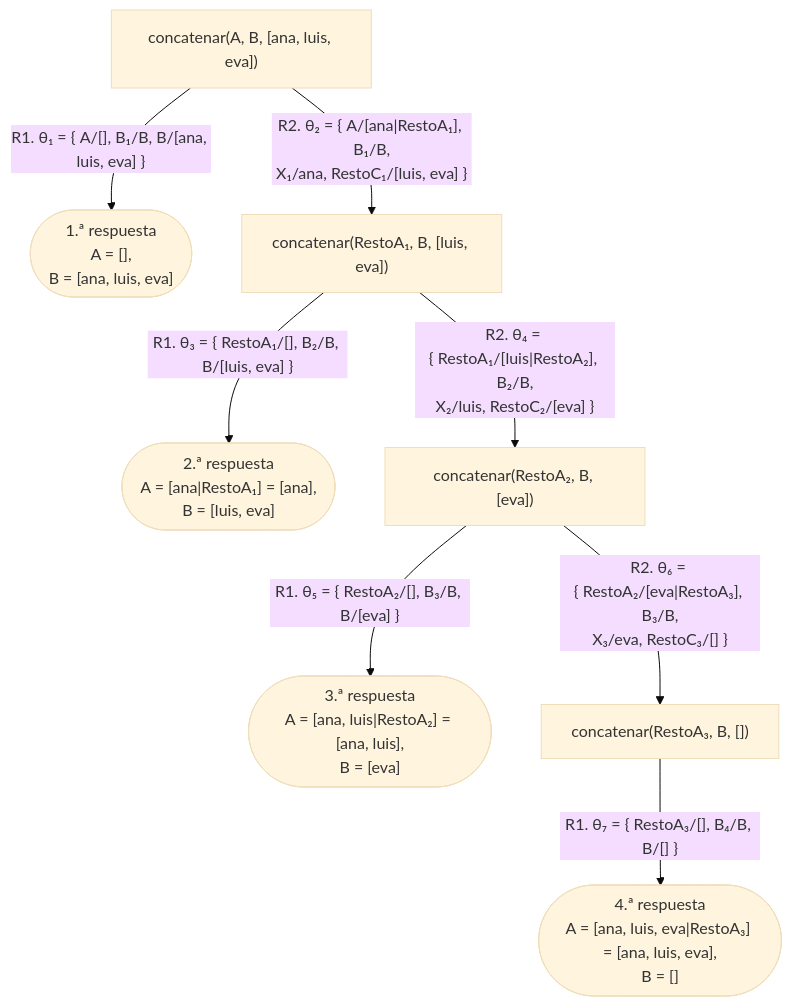
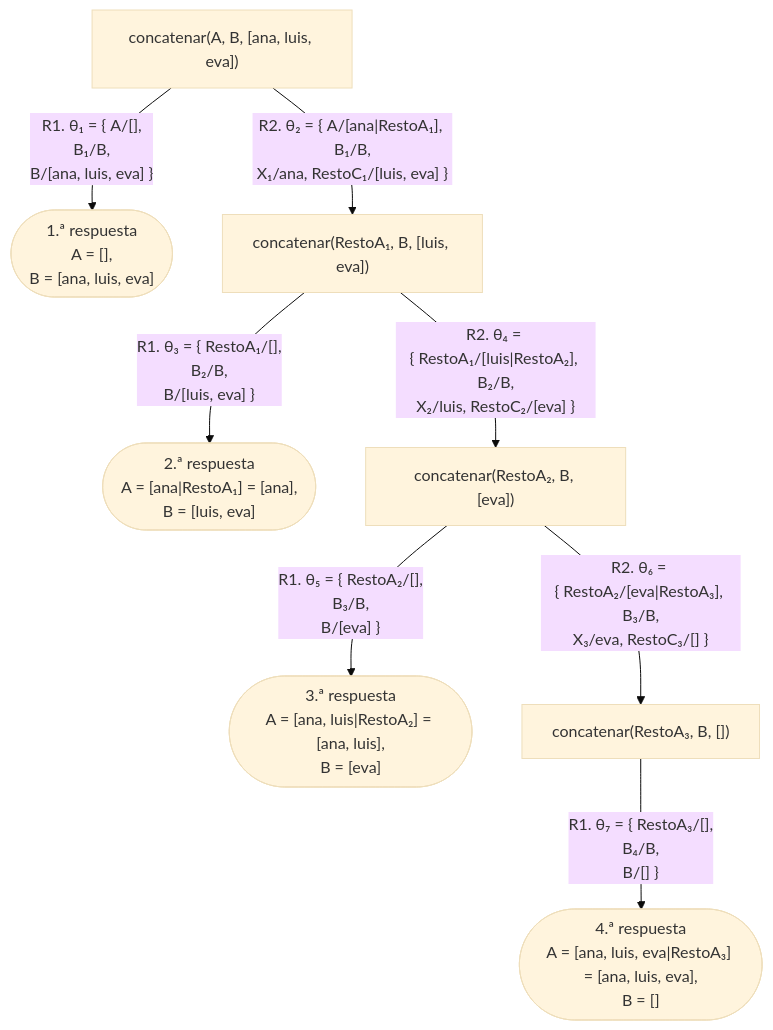
The eighth of 10 diagrams in docs/capitulo-07-listas/index.md (CesarBallardini/curso-de-prolog), drawn with Mermaid (base theme) before and after one commit. The commit also changed other lines of this file and 24 other files, not shown here.

First line of the commit message:
feat(docs): botones para ocultar las columnas laterales y etiquetas cortas en los diagramas

````diff
--- a/docs/capitulo-07-listas/index.md
+++ b/docs/capitulo-07-listas/index.md
@@ -470,10 +470,10 @@
 ```mermaid
 flowchart TD
-    A["concatenar(A, B, [ana, luis, eva])"] -- "R1. θ₁ = {&nbsp;A/[], B₁/B, B/[ana, luis, eva]&nbsp;}" --> S1(["1.ª respuesta<br/>A = [],<br/>B = [ana, luis, eva]"])
+    A["concatenar(A, B, [ana, luis, eva])"] -- "R1. θ₁ = {&nbsp;A/[],<br/>B₁/B,<br/>B/[ana, luis, eva]&nbsp;}" --> S1(["1.ª respuesta<br/>A = [],<br/>B = [ana, luis, eva]"])
     A -- "R2. θ₂ = {&nbsp;A/[ana|RestoA₁], B₁/B,<br/>X₁/ana, RestoC₁/[luis, eva]&nbsp;}" --> B["concatenar(RestoA₁, B, [luis, eva])"]
-    B -- "R1. θ₃ = {&nbsp;RestoA₁/[], B₂/B, B/[luis, eva]&nbsp;}" --> S2(["2.ª respuesta<br/>A = [ana|RestoA₁] = [ana],<br/>B = [luis, eva]"])
+    B -- "R1. θ₃ = {&nbsp;RestoA₁/[],<br/>B₂/B,<br/>B/[luis, eva]&nbsp;}" --> S2(["2.ª respuesta<br/>A = [ana|RestoA₁] = [ana],<br/>B = [luis, eva]"])
     B -- "R2. θ₄ = {&nbsp;RestoA₁/[luis|RestoA₂], B₂/B,<br/>X₂/luis, RestoC₂/[eva]&nbsp;}" --> C["concatenar(RestoA₂, B, [eva])"]
-    C -- "R1. θ₅ = {&nbsp;RestoA₂/[], B₃/B, B/[eva]&nbsp;}" --> S3(["3.ª respuesta<br/>A = [ana, luis|RestoA₂] = [ana, luis],<br/>B = [eva]"])
+    C -- "R1. θ₅ = {&nbsp;RestoA₂/[],<br/>B₃/B,<br/>B/[eva]&nbsp;}" --> S3(["3.ª respuesta<br/>A = [ana, luis|RestoA₂] = [ana, luis],<br/>B = [eva]"])
     C -- "R2. θ₆ = {&nbsp;RestoA₂/[eva|RestoA₃], B₃/B,<br/>X₃/eva, RestoC₃/[]&nbsp;}" --> D["concatenar(RestoA₃, B, [])"]
-    D -- "R1. θ₇ = {&nbsp;RestoA₃/[], B₄/B, B/[]&nbsp;}" --> S4(["4.ª respuesta<br/>A = [ana, luis, eva|RestoA₃] = [ana, luis, eva],<br/>B = []"])
+    D -- "R1. θ₇ = {&nbsp;RestoA₃/[],<br/>B₄/B,<br/>B/[]&nbsp;}" --> S4(["4.ª respuesta<br/>A = [ana, luis, eva|RestoA₃] = [ana, luis, eva],<br/>B = []"])
 ```
````
